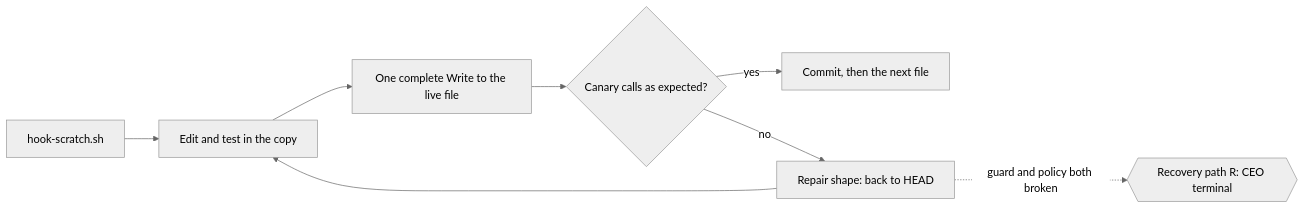
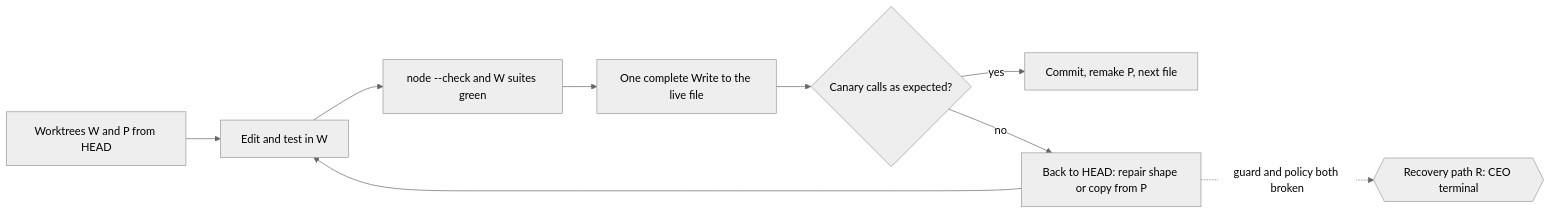
The second of 2 diagrams in specs/draft/0010-guard-hardening.md (GktuOktay/claude-agency-v2), drawn with Mermaid (neutral theme) before and after one commit. The commit also changed other lines of this file, not shown here.

Commit message:
docs(spec): 0010 round 2, gate findings folded (worktree for hook sources, repair shape first, rollback rule)

````diff
--- a/specs/draft/0010-guard-hardening.md
+++ b/specs/draft/0010-guard-hardening.md
@@ -125,10 +143,11 @@
 ```mermaid
 flowchart LR
-  S1[hook-scratch.sh] --> S2[Edit and test in the copy]
-  S2 --> S3[One complete Write to the live file]
-  S3 --> C{Canary calls as expected?}
-  C -- yes --> S4[Commit, then the next file]
-  C -- no --> F[Repair shape: back to HEAD]
+  S1[Worktrees W and P from HEAD] --> S2[Edit and test in W]
+  S2 --> S3[node --check and W suites green]
+  S3 --> S4[One complete Write to the live file]
+  S4 --> C{Canary calls as expected?}
+  C -- yes --> S5[Commit, remake P, next file]
+  C -- no --> F[Back to HEAD: repair shape or copy from P]
   F --> S2
   F -. guard and policy both broken .-> CEO{{Recovery path R: CEO terminal}}
 ```
````
